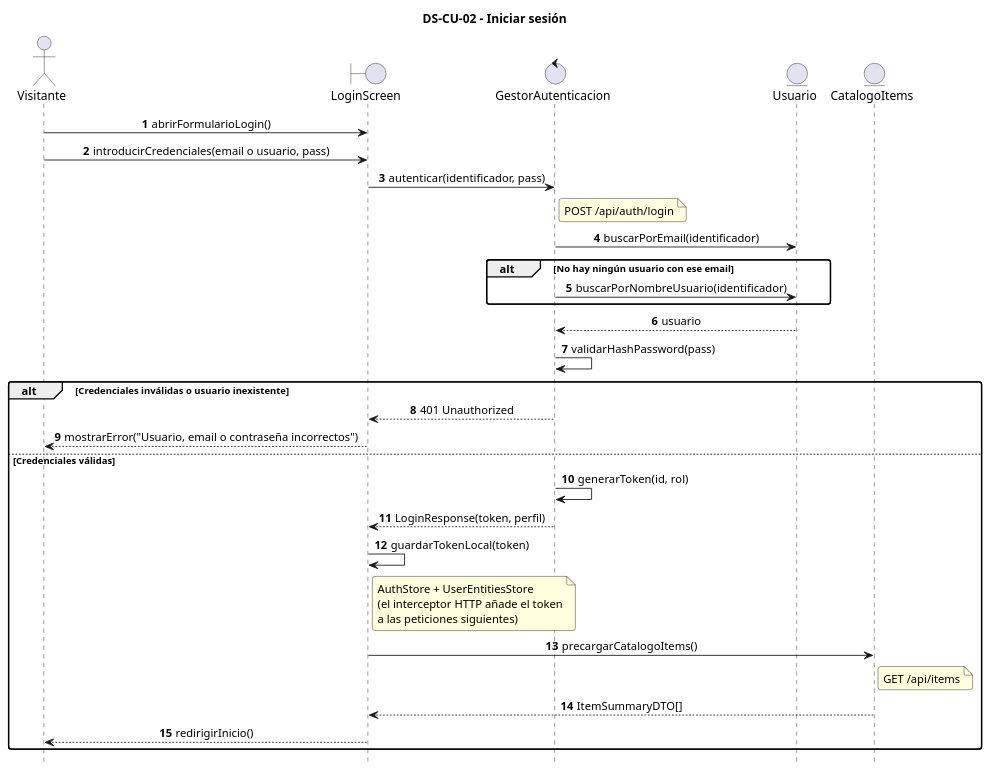
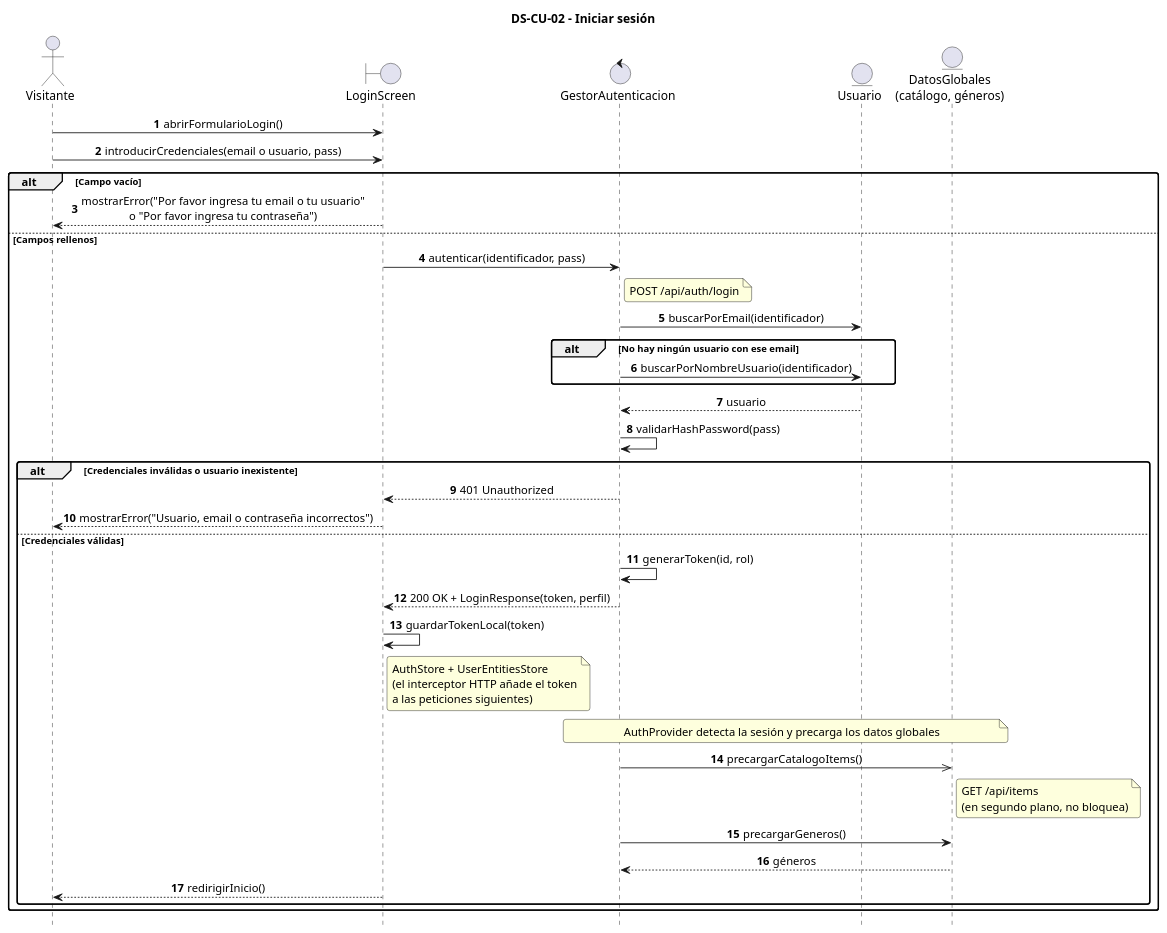
Before and after one commit to adrianmahialoredo/TFG: the diagram in diagrams/use_cases/description/CU02_iniciar_sesion.puml, drawn with PlantUML. The commit also changed 221 other files, not shown here.

```diff
--- a/diagrams/use_cases/description/CU02_iniciar_sesion.puml
+++ b/diagrams/use_cases/description/CU02_iniciar_sesion.puml
@@ -1,41 +1,49 @@
 @startuml DS-CU-02
 title DS-CU-02 - Iniciar sesión
 
 ' Diagrama de secuencia de análisis (patrón Boundary-Control-Entity)
+' Fuentes: LoginScreen.tsx, AuthContext.tsx, auth.service.ts, AuthController.java, UserServiceImpl.java
 autonumber
 hide footbox
 skinparam sequenceMessageAlign center
 skinparam roundcorner 6
 
 actor "Visitante" as visitante
 boundary "LoginScreen" as pantalla
 control "GestorAutenticacion" as gestor
 entity "Usuario" as usuario
-entity "CatalogoItems" as catalogo
+entity "DatosGlobales\n(catálogo, géneros)" as datos
 
 visitante -> pantalla : abrirFormularioLogin()
 visitante -> pantalla : introducirCredenciales(email o usuario, pass)
-pantalla -> gestor : autenticar(identificador, pass)
-note right of gestor : POST /api/auth/login
-gestor -> usuario : buscarPorEmail(identificador)
-alt No hay ningún usuario con ese email
-    gestor -> usuario : buscarPorNombreUsuario(identificador)
-end
-usuario --> gestor : usuario
-gestor -> gestor : validarHashPassword(pass)
 
-alt Credenciales inválidas o usuario inexistente
-    gestor --> pantalla : 401 Unauthorized
-    pantalla --> visitante : mostrarError("Usuario, email o contraseña incorrectos")
-else Credenciales válidas
-    gestor -> gestor : generarToken(id, rol)
-    gestor --> pantalla : LoginResponse(token, perfil)
-    pantalla -> pantalla : guardarTokenLocal(token)
-    note right of pantalla : AuthStore + UserEntitiesStore\n(el interceptor HTTP añade el token\na las peticiones siguientes)
-    pantalla -> catalogo : precargarCatalogoItems()
-    note right of catalogo : GET /api/items
-    catalogo --> pantalla : ItemSummaryDTO[]
-    pantalla --> visitante : redirigirInicio()
+alt Campo vacío
+    pantalla --> visitante : mostrarError("Por favor ingresa tu email o tu usuario"\no "Por favor ingresa tu contraseña")
+else Campos rellenos
+    pantalla -> gestor : autenticar(identificador, pass)
+    note right of gestor : POST /api/auth/login
+    gestor -> usuario : buscarPorEmail(identificador)
+    alt No hay ningún usuario con ese email
+        gestor -> usuario : buscarPorNombreUsuario(identificador)
+    end
+    usuario --> gestor : usuario
+    gestor -> gestor : validarHashPassword(pass)
+
+    alt Credenciales inválidas o usuario inexistente
+        gestor --> pantalla : 401 Unauthorized
+        pantalla --> visitante : mostrarError("Usuario, email o contraseña incorrectos")
+    else Credenciales válidas
+        gestor -> gestor : generarToken(id, rol)
+        gestor --> pantalla : 200 OK + LoginResponse(token, perfil)
+        pantalla -> pantalla : guardarTokenLocal(token)
+        note right of pantalla : AuthStore + UserEntitiesStore\n(el interceptor HTTP añade el token\na las peticiones siguientes)
+        note over gestor, datos : AuthProvider detecta la sesión y precarga los datos globales
+        gestor ->> datos : precargarCatalogoItems()
+        note right of datos : GET /api/items\n(en segundo plano, no bloquea)
+        gestor -> datos : precargarGeneros()
+        datos --> gestor : géneros
+        pantalla --> visitante : redirigirInicio()
+    end
 end
 
 @enduml
```
